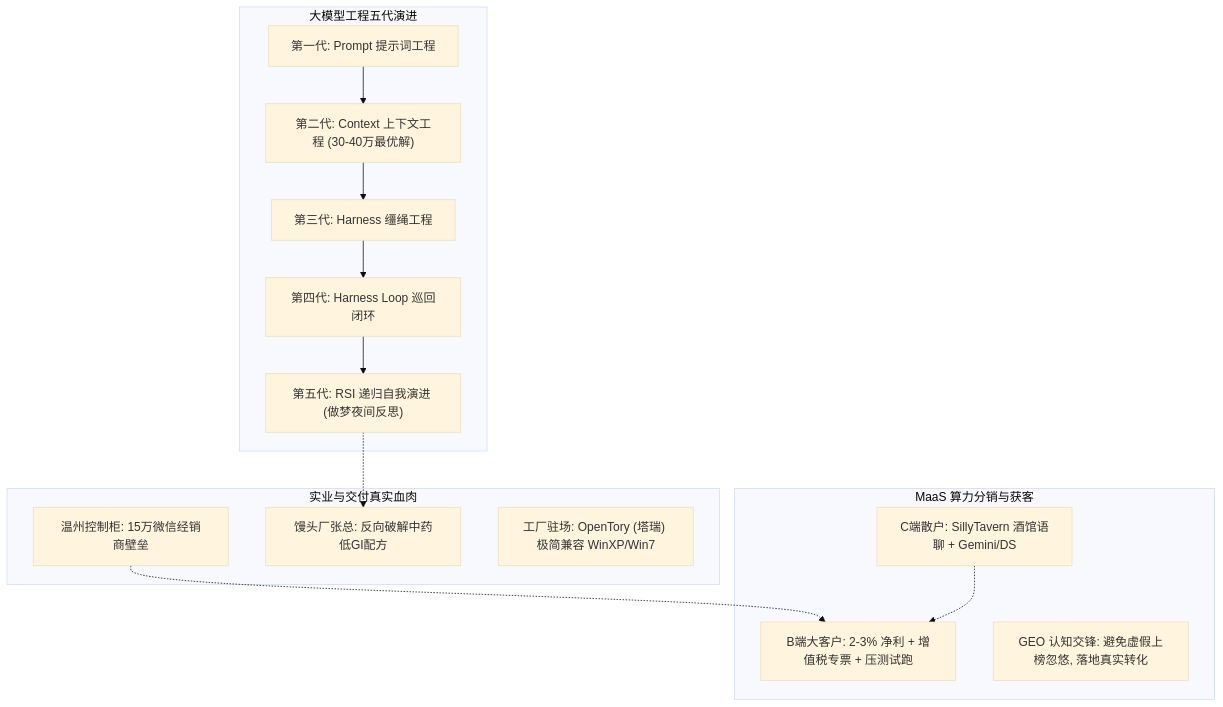
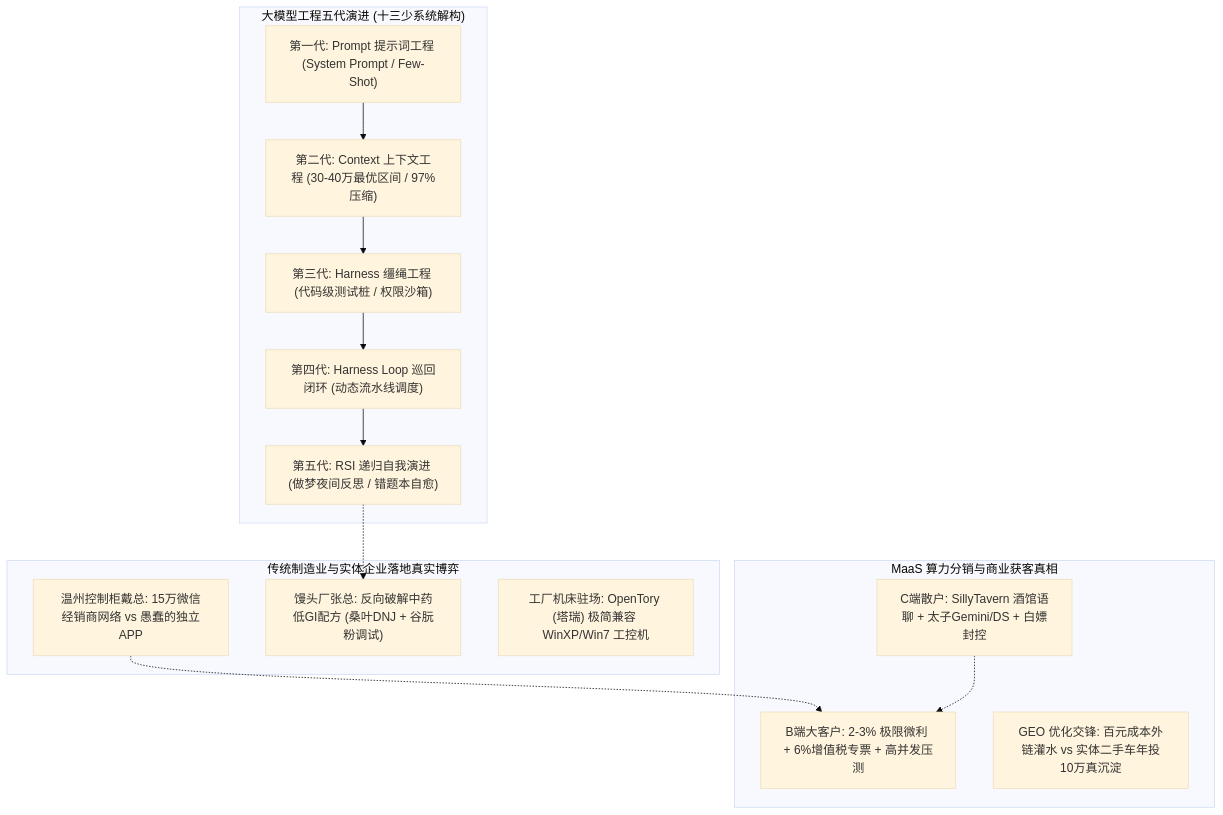
One commit to dollarser/knowledge changed the first of 9 diagrams in content/live-20261108-01.md. Above: the diagram before and after it, drawn with Mermaid (base theme). The commit also changed other lines of this file and 4 other files, not shown here.

````diff
--- a/content/live-20261108-01.md
+++ b/content/live-20261108-01.md
@@ -12,25 +13,25 @@
 ```mermaid
 flowchart TD
-    subgraph 架构演进["大模型工程五代演进"]
-        A1["第一代: Prompt 提示词工程"] --> A2["第二代: Context 上下文工程 (30-40万最优解)"]
-        A2 --> A3["第三代: Harness 缰绳工程"]
-        A3 --> A4["第四代: Harness Loop 巡回闭环"]
-        A4 --> A5["第五代: RSI 递归自我演进 (做梦夜间反思)"]
+    subgraph 架构代际演进["大模型工程五代演进 (十三少系统解构)"]
+        A1["第一代: Prompt 提示词工程 (System Prompt / Few-Shot)"] --> A2["第二代: Context 上下文工程 (30-40万最优区间 / 97%压缩)"]
+        A2 --> A3["第三代: Harness 缰绳工程 (代码级测试桩 / 权限沙箱)"]
+        A3 --> A4["第四代: Harness Loop 巡回闭环 (动态流水线调度)"]
+        A4 --> A5["第五代: RSI 递归自我演进 (做梦夜间反思 / 错题本自愈)"]
     end
 
-    subgraph 落地实践["实业与交付真实血肉"]
-        B1["温州控制柜: 15万微信经销商壁垒"]
-        B2["馒头厂张总: 反向破解中药低GI配方"]
-        B3["工厂驻场: OpenTory (塔瑞) 极简兼容 WinXP/Win7"]
+    subgraph 实业落地血肉["传统制造业与实体企业落地真实博弈"]
+        B1["温州控制柜戴总: 15万微信经销商网络 vs 愚蠢的独立APP"]
+        B2["馒头厂张总: 反向破解中药低GI配方 (桑叶DNJ + 谷朊粉调试)"]
+        B3["工厂机床驻场: OpenTory (塔瑞) 极简兼容 WinXP/Win7 工控机"]
     end
 
-    subgraph 商业战场["MaaS 算力分销与获客"]
-        C1["C端散户: SillyTavern 酒馆语聊 + Gemini/DS"]
-        C2["B端大客户: 2-3% 净利 + 增值税专票 + 压测试跑"]
-        C3["GEO 认知交锋: 避免虚假上榜忽悠, 落地真实转化"]
+    subgraph 算力与获客暗流["MaaS 算力分销与商业获客真相"]
+        C1["C端散户: SillyTavern 酒馆语聊 + 太子Gemini/DS + 白嫖封控"]
+        C2["B端大客户: 2-3% 极限微利 + 6%增值税专票 + 高并发压测"]
+        C3["GEO 优化交锋: 百元成本外链灌水 vs 实体二手车年投10万真沉淀"]
     end
 
     A5 -.-> B2
     B1 -.-> C2
     C1 -.-> C2
 ```
````
